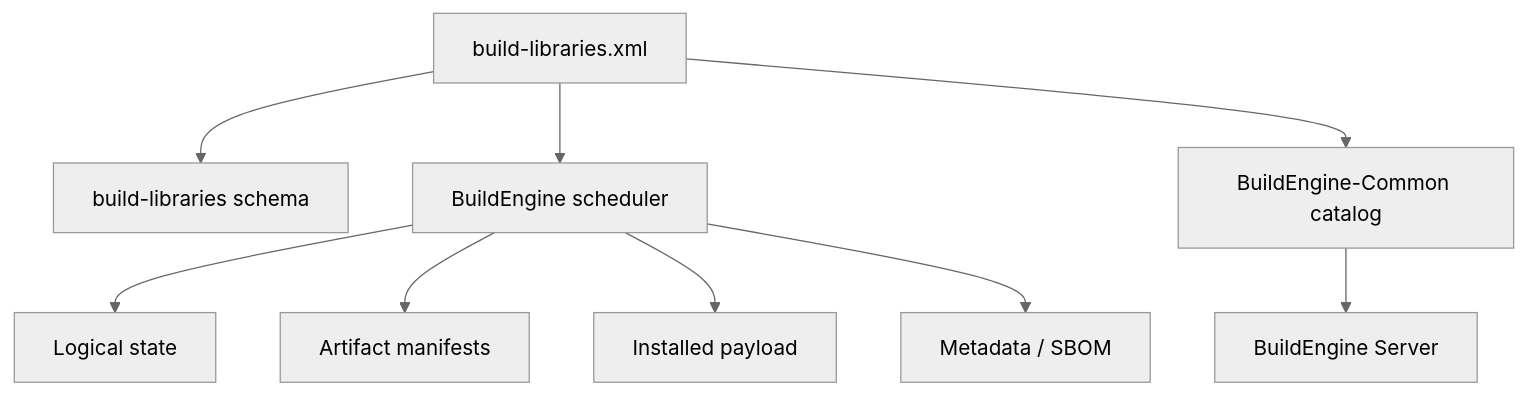
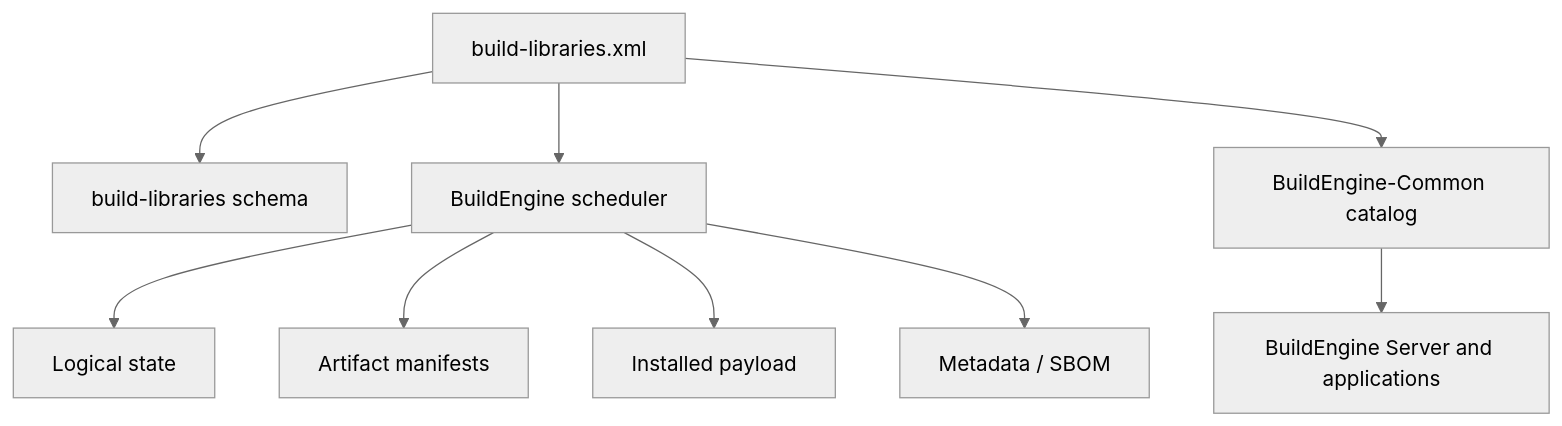
Before and after one commit to adeccscholar/BuildEngine-Admin: the first of 8 diagrams in admin/server-docs/build-libraries.md, drawn with Mermaid (neutral theme). The commit also changed other lines of this file, not shown here.

````diff
--- a/admin/server-docs/build-libraries.md
+++ b/admin/server-docs/build-libraries.md
@@ -22,11 +22,11 @@
 ```mermaid
 flowchart TD
     XML[build-libraries.xml] --> XSD[build-libraries schema]
     XML --> BE[BuildEngine scheduler]
     XML --> C[BuildEngine-Common catalog]
-    C --> S[BuildEngine Server]
+    C --> S[BuildEngine Server and applications]
     BE --> STATE[Logical state]
     BE --> ART[Artifact manifests]
     BE --> PKG[Installed payload]
     BE --> META[Metadata / SBOM]
 ```
````
